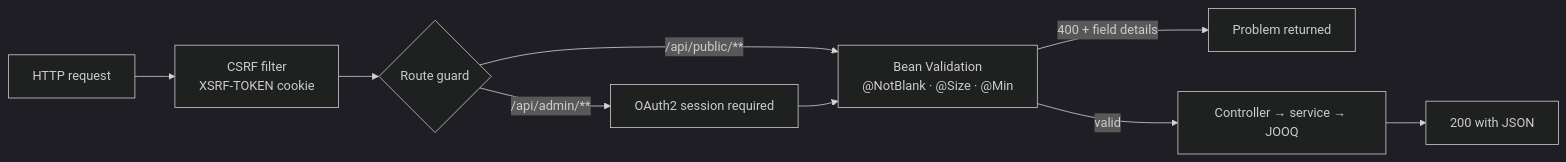
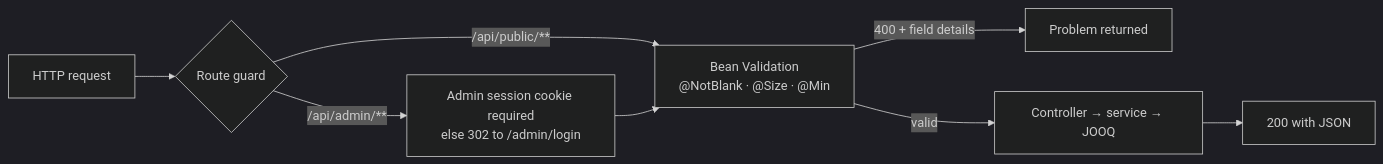
One commit to richie-rich90454/SprintJudge changed the diagram in docs/api-reference.md. Above: the diagram before and after it, drawn with Mermaid (dark theme). The commit also changed other lines of this file, not shown here.

Commit message:
fix(docs): real public API table and CSRF truth

````diff
--- a/docs/api-reference.md
+++ b/docs/api-reference.md
@@ -8,11 +9,10 @@
 ```mermaid
 flowchart LR
-    R["HTTP request"] --> C["CSRF filter<br/>XSRF-TOKEN cookie"]
-    C --> A{"Route guard"}
-    A -->|"/api/admin/**"| OA["OAuth2 session required"]
+    R["HTTP request"] --> A{"Route guard"}
+    A -->|"/api/admin/**"| OA["Admin session cookie required<br/>else 302 to /admin/login"]
     A -->|"/api/public/**"| V
     OA --> V["Bean Validation<br/>@NotBlank · @Size · @Min"]
     V -->|"400 + field details"| X["Problem returned"]
     V -->|"valid"| H["Controller → service → JOOQ"]
     H --> S["200 with JSON"]
 ```
````
